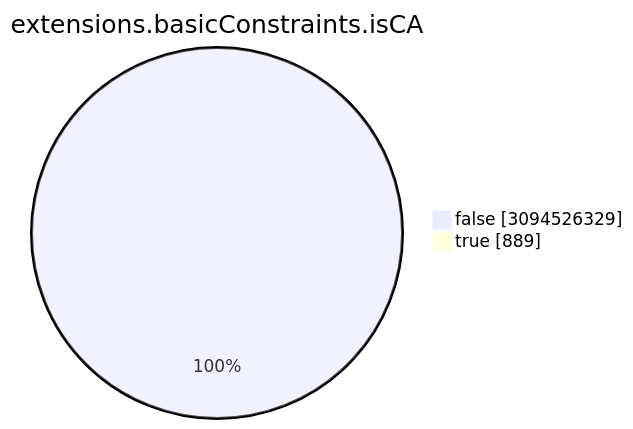
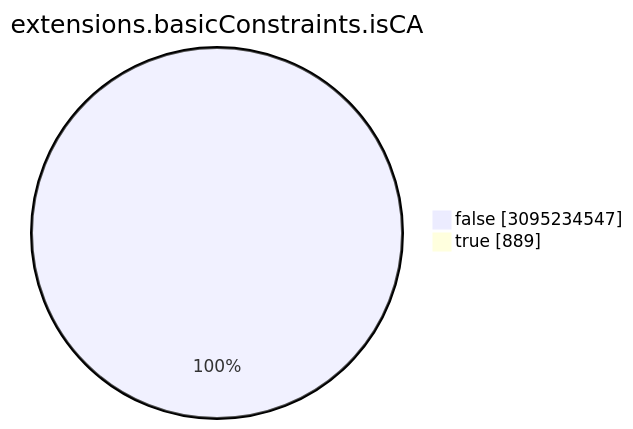
One commit to christiankrug/ctmonitor_visualization changed the seventh of 15 diagrams in TOTAL/README.md. Above: the diagram before and after it, drawn with Mermaid. The commit also changed other lines of this file, not shown here.

````diff
--- a/TOTAL/README.md
+++ b/TOTAL/README.md
@@ -3088,6 +3088,6 @@
 ```mermaid
 pie showData
 title extensions.basicConstraints.isCA
-"false" :3094526329
+"false" :3095234547
 "true" :889
 ```
````
